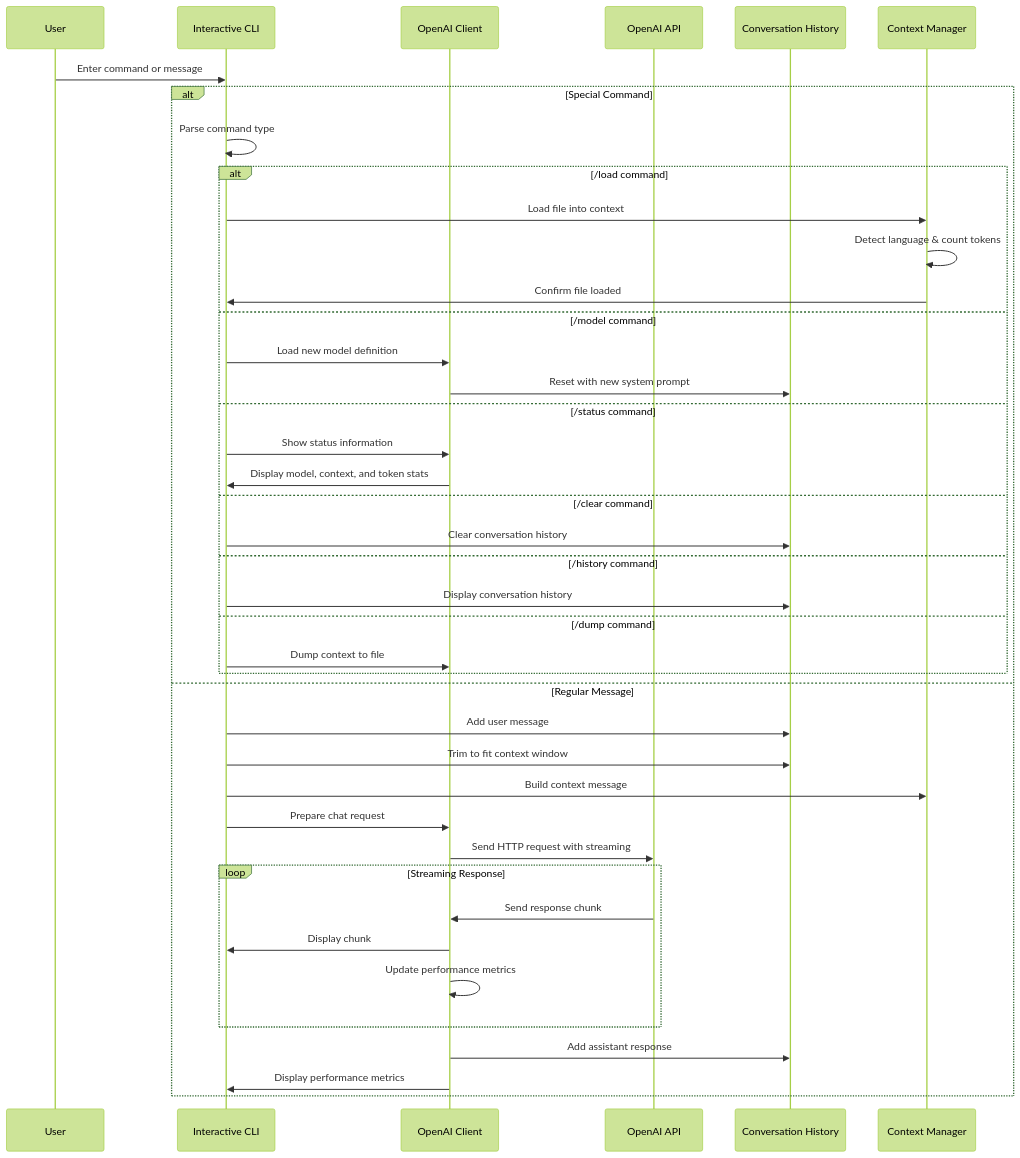
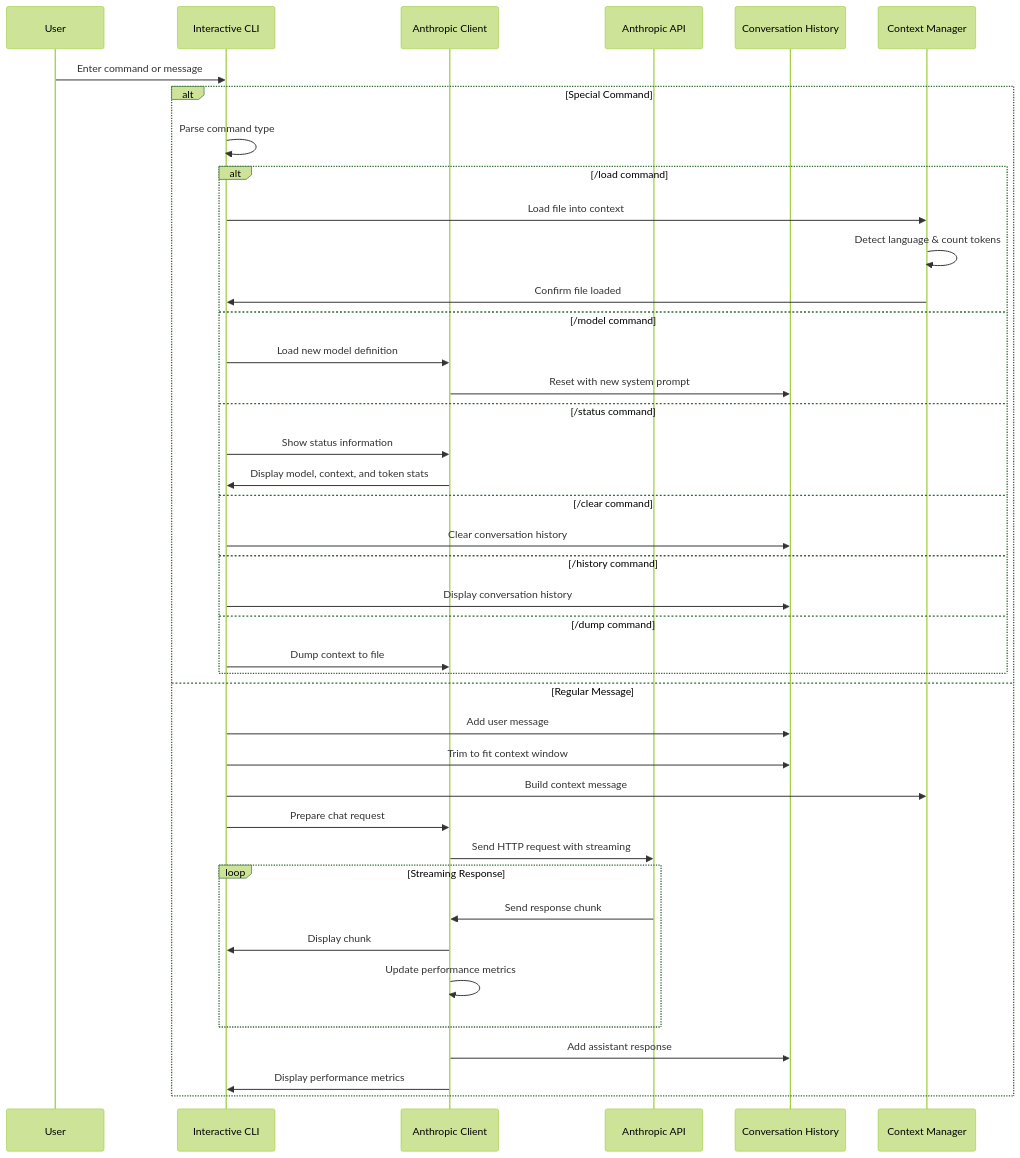
The fourth of 18 diagrams in client/README.md (gherlein/client-w-mcp), drawn with Mermaid (forest theme) before and after one commit. The commit also changed other lines of this file and 2 other files, not shown here.

````diff
--- a/client/README.md
+++ b/client/README.md
@@ -212,49 +212,49 @@
 ```mermaid
 sequenceDiagram
     participant User as User
     participant CLI as Interactive CLI
-    participant Client as OpenAI Client
-    participant API as OpenAI API
+    participant Client as Anthropic Client
+    participant API as Anthropic API
     participant History as Conversation History
     participant Context as Context Manager
 
     User->>CLI: Enter command or message
     
     alt Special Command
         CLI->>CLI: Parse command type
         
         alt /load command
             CLI->>Context: Load file into context
             Context->>Context: Detect language & count tokens
             Context->>CLI: Confirm file loaded
         else /model command
             CLI->>Client: Load new model definition
             Client->>History: Reset with new system prompt
         else /status command
             CLI->>Client: Show status information
             Client->>CLI: Display model, context, and token stats
         else /clear command
             CLI->>History: Clear conversation history
         else /history command
             CLI->>History: Display conversation history
         else /dump command
             CLI->>Client: Dump context to file
         end
         
     else Regular Message
         CLI->>History: Add user message
         CLI->>History: Trim to fit context window
         CLI->>Context: Build context message
         CLI->>Client: Prepare chat request
         Client->>API: Send HTTP request with streaming
         
         loop Streaming Response
             API->>Client: Send response chunk
             Client->>CLI: Display chunk
             Client->>Client: Update performance metrics
         end
         
         Client->>History: Add assistant response
         Client->>CLI: Display performance metrics
     end
 ```
````
